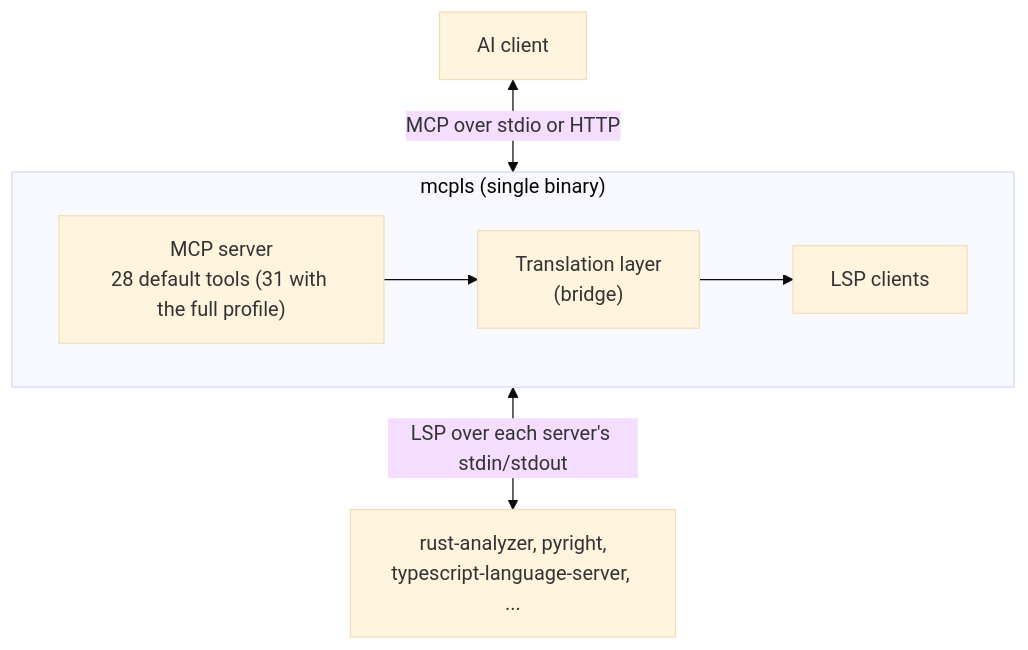
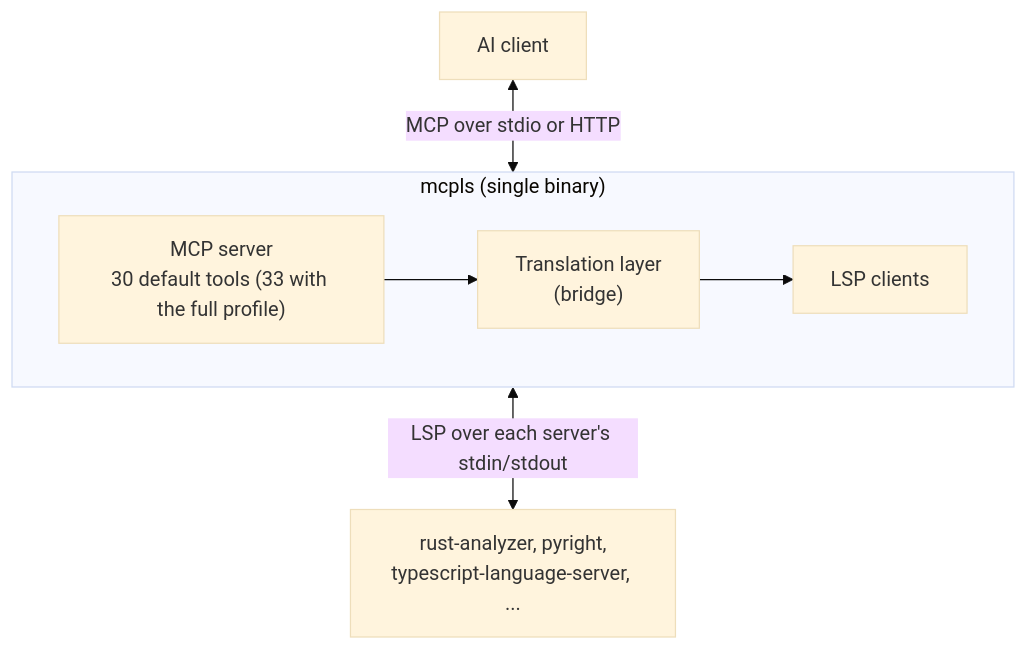
The first of 2 diagrams in book/src/advanced/architecture.md (insomnes/mcpls), drawn with Mermaid (base theme) before and after one commit. The commit also changed 9 other files, not shown here.

````diff
--- a/book/src/advanced/architecture.md
+++ b/book/src/advanced/architecture.md
@@ -11,11 +11,11 @@
 ```mermaid
 flowchart TB
     Client["AI client"]
     subgraph mcpls["mcpls (single binary)"]
         direction LR
-        MCP["MCP server<br/>28 default tools (31 with the full profile)"] --> Bridge["Translation layer<br/>(bridge)"] --> LSPc["LSP clients"]
+        MCP["MCP server<br/>30 default tools (33 with the full profile)"] --> Bridge["Translation layer<br/>(bridge)"] --> LSPc["LSP clients"]
     end
     Servers["rust-analyzer, pyright,<br/>typescript-language-server, ..."]
     Client <-->|"MCP over stdio or HTTP"| MCP
     LSPc <-->|"LSP over each server's stdin/stdout"| Servers
 ```
````
